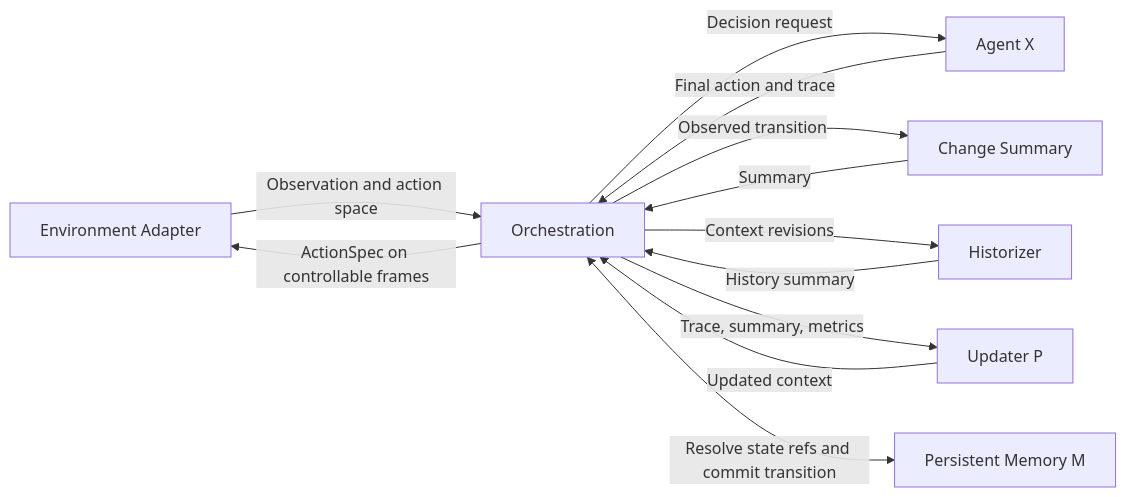
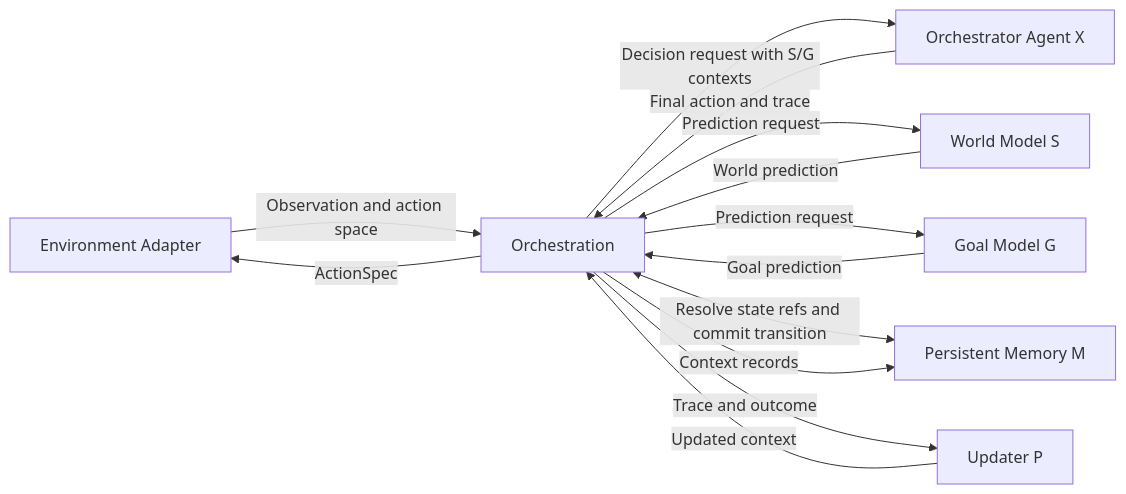
One commit to cocomette/artificial-agency changed the first of 2 diagrams in doc/architecture/software/orchestration/diagrams.md. Above: the diagram before and after it, drawn with Mermaid. The commit also changed other lines of this file and 329 other files, not shown here.

````diff
--- a/doc/architecture/software/orchestration/diagrams.md
+++ b/doc/architecture/software/orchestration/diagrams.md
@@ -5,14 +5,15 @@
 ```mermaid
 flowchart LR
     Env["Environment Adapter"] -->|Observation and action space| Orch["Orchestration"]
-    Orch -->|Decision request| X["Agent X"]
+    Orch -->|Decision request with S/G contexts| X["Orchestrator Agent X"]
     X -->|Final action and trace| Orch
-    Orch -->|ActionSpec on controllable frames| Env
-    Orch -->|Observed transition| Change["Change Summary"]
-    Change -->|Summary| Orch
-    Orch -->|Context revisions| Hist["Historizer"]
-    Hist -->|History summary| Orch
-    Orch -->|Trace, summary, metrics| P["Updater P"]
+    Orch -->|Prediction request| S["World Model S"]
+    S -->|World prediction| Orch
+    Orch -->|Prediction request| G["Goal Model G"]
+    G -->|Goal prediction| Orch
+    Orch -->|ActionSpec| Env
+    Orch <-->|Resolve state refs and commit transition| M["Persistent Memory M"]
+    Orch -->|Trace and outcome| P["Updater P"]
     P -->|Updated context| Orch
-    Orch <-->|Resolve state refs and commit transition| M["Persistent Memory M"]
+    Orch -->|Context records| M
 ```
````
